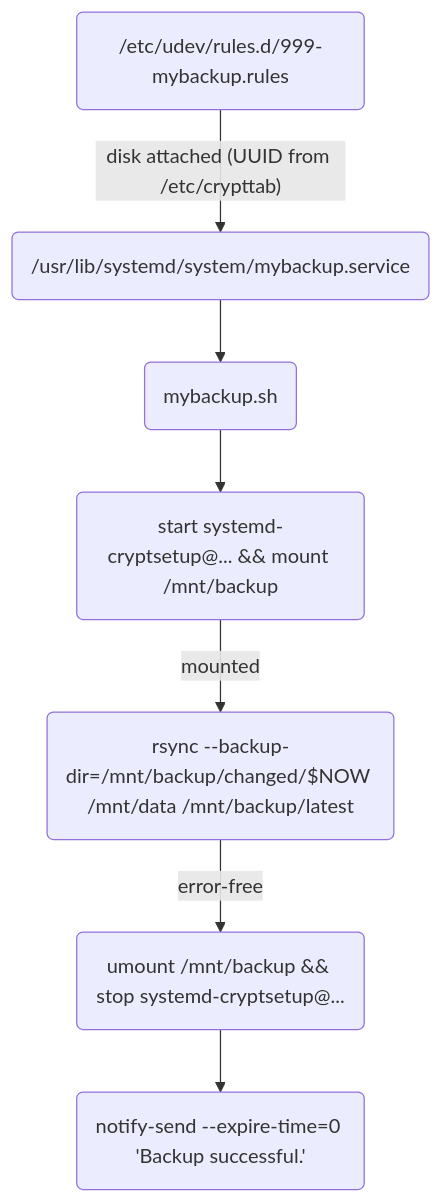
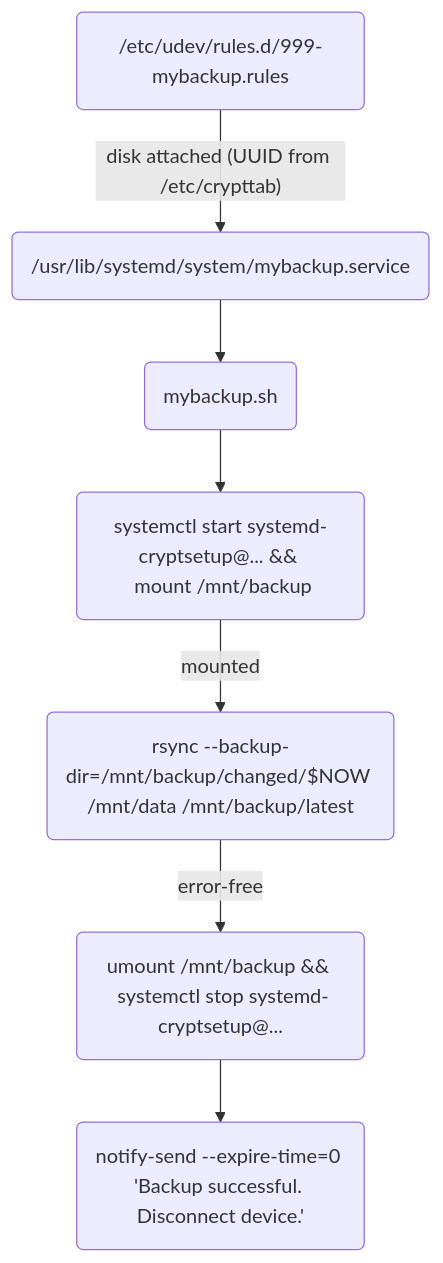
Before and after one commit to andre-st/dotfiles: the diagram in README.md, drawn with Mermaid.

Commit message:
Improve backup flowchart

````diff
--- a/README.md
+++ b/README.md
@@ -259,18 +259,18 @@
 ```mermaid
 flowchart TD
 
 	udev("/etc/udev/rules.d/999-mybackup.rules")
 	service("/usr/lib/systemd/system/mybackup.service")
 	sh("mybackup.sh")
-	mount("start systemd-cryptsetup@... && mount /mnt/backup")
-	umount("umount /mnt/backup && stop systemd-cryptsetup@...")
+	mount("systemctl start systemd-cryptsetup@... && <br> mount /mnt/backup")
+	umount("umount /mnt/backup && <br> systemctl stop systemd-cryptsetup@...")
 	rsync("rsync --backup-dir=/mnt/backup/changed/$NOW /mnt/data /mnt/backup/latest")
-	notify("notify-send --expire-time=0 'Backup successful.'")
+	notify("notify-send --expire-time=0 'Backup successful. Disconnect device.'")
 
 	udev-- "disk attached (UUID from /etc/crypttab)" -->service
 	service-->sh
 	sh-->mount
 	mount-- "mounted" -->rsync
 	rsync-- "error-free" -->umount
 	umount-->notify
 ```
````
